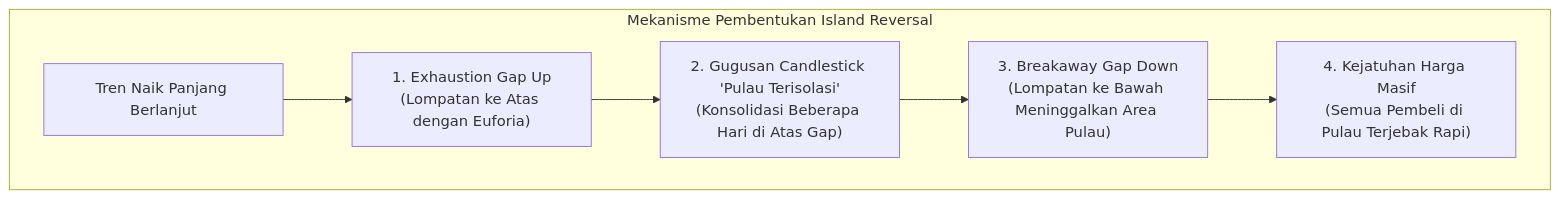
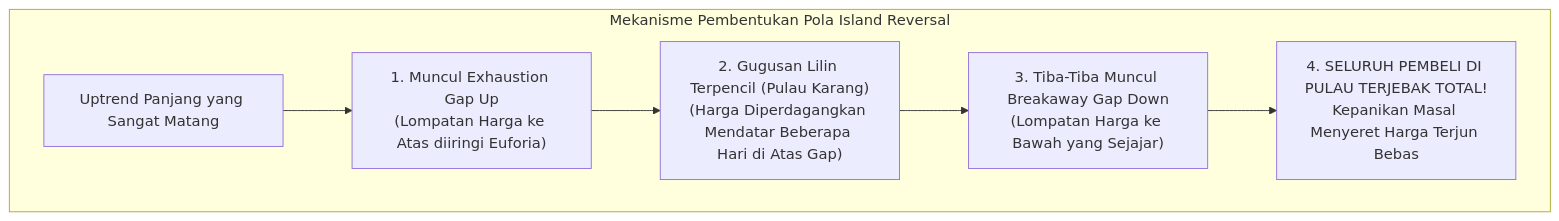
Before and after one commit to AlulCode45/Trading-Learning-Path: the fifth of 5 diagrams in docs/edianto-ong/20-gaps.md, drawn with Mermaid. The commit also changed other lines of this file and 29 other files, not shown here.

Commit message:
docs(edianto-ong): upgrade all 29 chapters with beginner analogies, diagrams, step-by-step guides, and case studies

````diff
--- a/docs/edianto-ong/20-gaps.md
+++ b/docs/edianto-ong/20-gaps.md
@@ -87,9 +128,9 @@
 ```mermaid
 flowchart TD
-    subgraph IslandFormation["Mekanisme Pembentukan Island Reversal"]
-        UpTrend["Tren Naik Panjang Berlanjut"] --> ExGap["1. Exhaustion Gap Up<br/>(Lompatan ke Atas dengan Euforia)"]
-        ExGap --> IslandCluster["2. Gugusan Candlestick 'Pulau Terisolasi'<br/>(Konsolidasi Beberapa Hari di Atas Gap)"]
-        IslandCluster --> BreakGapDown["3. Breakaway Gap Down<br/>(Lompatan ke Bawah Meninggalkan Area Pulau)"]
-        BreakGapDown --> Collapse["4. Kejatuhan Harga Masif<br/>(Semua Pembeli di Pulau Terjebak Rapi)"]
+    subgraph IslandReversalFlow["Mekanisme Pembentukan Pola Island Reversal"]
+        TrendUp["Uptrend Panjang yang Sangat Matang"] --> Gap1["1. Muncul Exhaustion Gap Up<br/>(Lompatan Harga ke Atas diiringi Euforia)"]
+        Gap1 --> Cluster["2. Gugusan Lilin Terpencil (Pulau Karang)<br/>(Harga Diperdagangkan Mendatar Beberapa Hari di Atas Gap)"]
+        Cluster --> Gap2["3. Tiba-Tiba Muncul Breakaway Gap Down<br/>(Lompatan Harga ke Bawah yang Sejajar)"]
+        Gap2 --> Trapped["4. SELURUH PEMBELI DI PULAU TERJEBAK TOTAL!<br/>Kepanikan Masal Menyeret Harga Terjun Bebas"]
     end
 ```
````
